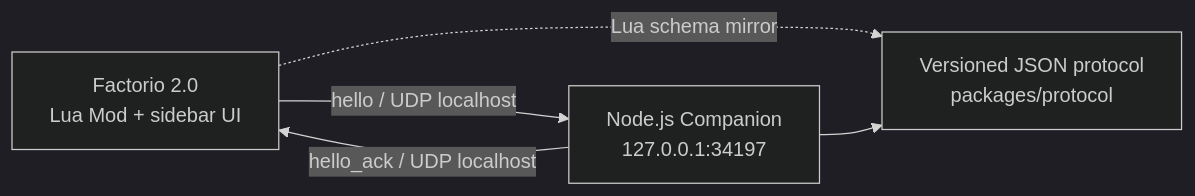
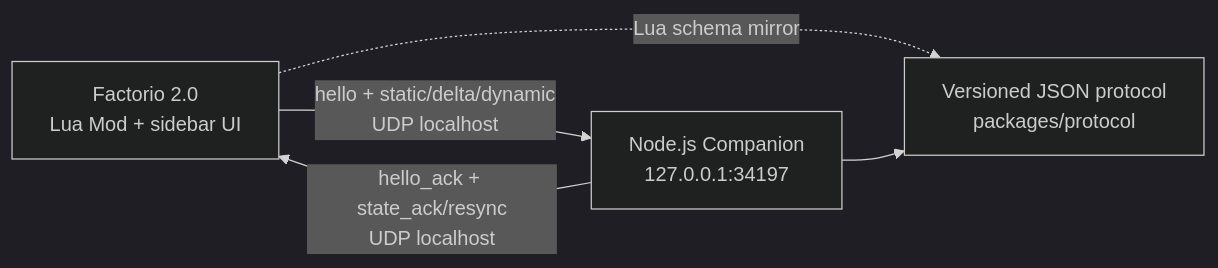
One commit to CharlesYWL/factorio-ai-assistant changed the diagram in README.md. Above: the diagram before and after it, drawn with Mermaid (dark theme). The commit also changed other lines of this file and 14 other files, not shown here.

````diff
--- a/README.md
+++ b/README.md
@@ -9,11 +9,11 @@
 ```mermaid
 flowchart LR
     M["Factorio 2.0<br/>Lua Mod + sidebar UI"]
     C["Node.js Companion<br/>127.0.0.1:34197"]
     P["Versioned JSON protocol<br/>packages/protocol"]
 
-    M -- "hello / UDP localhost" --> C
-    C -- "hello_ack / UDP localhost" --> M
+    M -- "hello + static/delta/dynamic<br/>UDP localhost" --> C
+    C -- "hello_ack + state_ack/resync<br/>UDP localhost" --> M
     M -. "Lua schema mirror" .-> P
     C --> P
 ```
````
